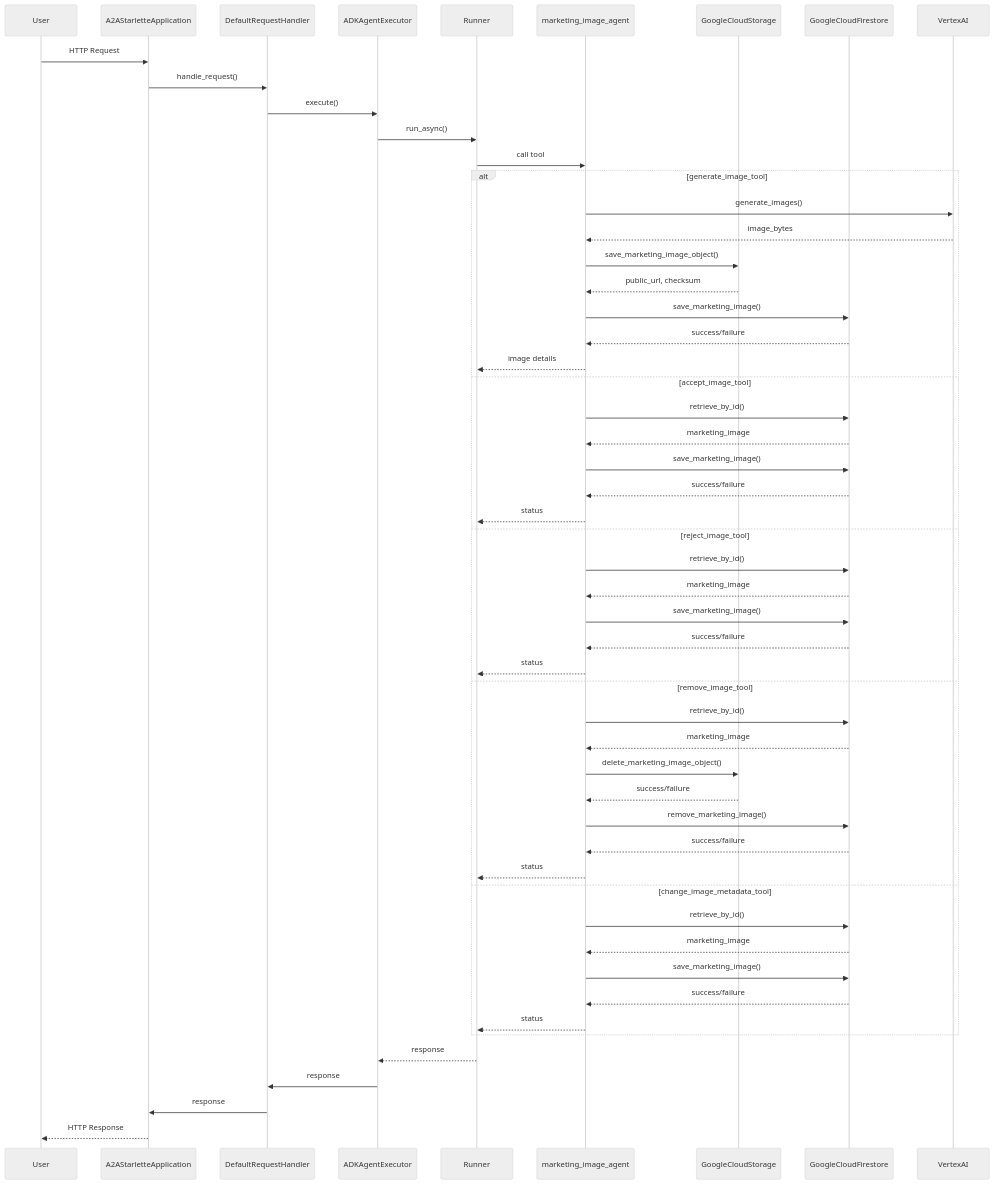
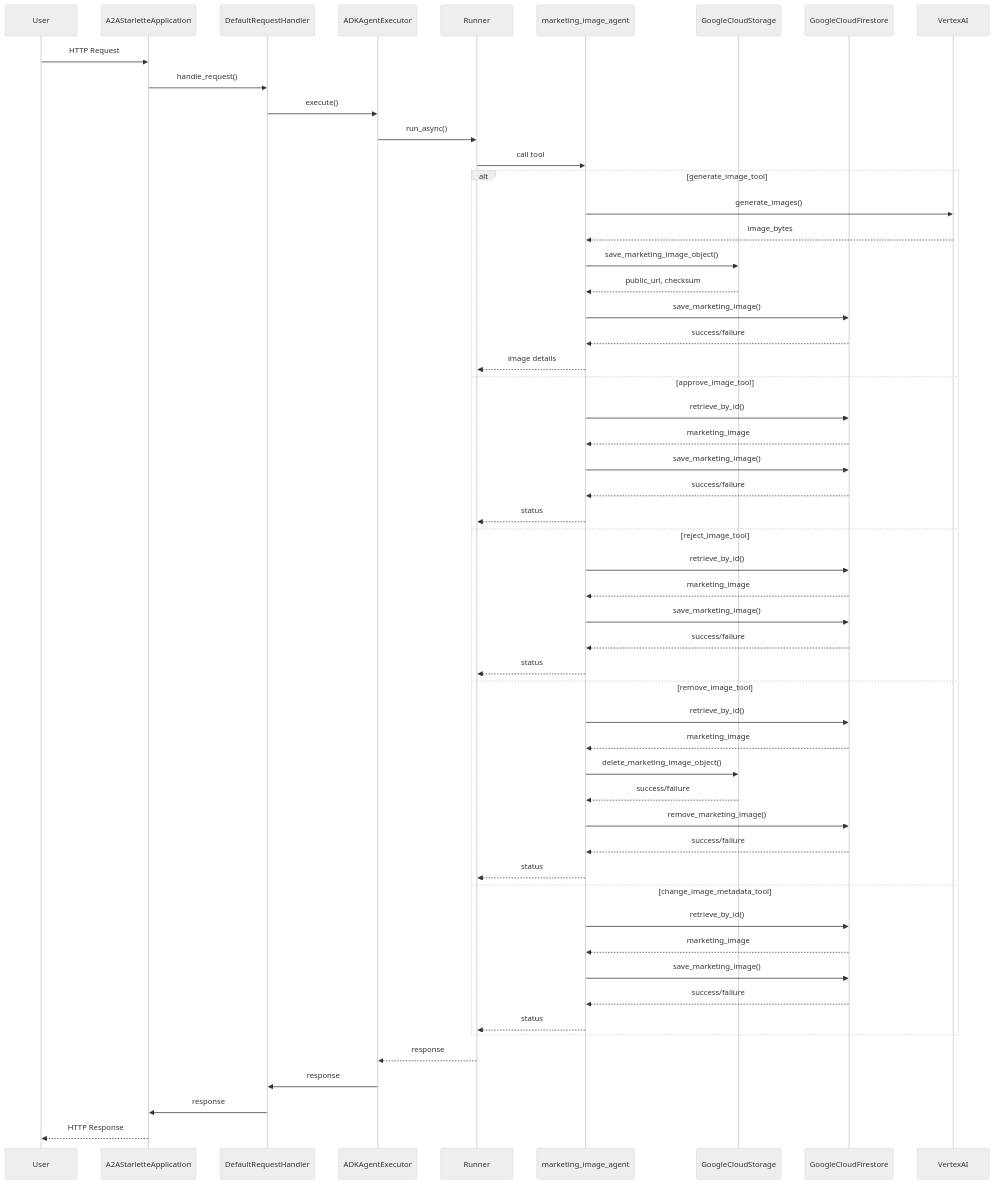
The diagram in 1/README.md (rbannist/hexagonal-adk-ai-agent), drawn with Mermaid (neutral theme) before and after one commit. The commit also changed 29 other files, not shown here.

Commit message:
feat: from accept to approve

````diff
--- a/1/README.md
+++ b/1/README.md
@@ -55,57 +55,57 @@
 ```mermaid
 sequenceDiagram
     participant User
     participant A2AStarletteApplication
     participant DefaultRequestHandler
     participant ADKAgentExecutor
     participant Runner
     participant marketing_image_agent
     participant GoogleCloudStorage
     participant GoogleCloudFirestore
     participant VertexAI
 
     User->>A2AStarletteApplication: HTTP Request
     A2AStarletteApplication->>DefaultRequestHandler: handle_request()
     DefaultRequestHandler->>ADKAgentExecutor: execute()
     ADKAgentExecutor->>Runner: run_async()
     Runner->>marketing_image_agent: call tool
     alt generate_image_tool
         marketing_image_agent->>VertexAI: generate_images()
         VertexAI-->>marketing_image_agent: image_bytes
         marketing_image_agent->>GoogleCloudStorage: save_marketing_image_object()
         GoogleCloudStorage-->>marketing_image_agent: public_url, checksum
         marketing_image_agent->>GoogleCloudFirestore: save_marketing_image()
         GoogleCloudFirestore-->>marketing_image_agent: success/failure
         marketing_image_agent-->>Runner: image details
-    else accept_image_tool
+    else approve_image_tool
         marketing_image_agent->>GoogleCloudFirestore: retrieve_by_id()
         GoogleCloudFirestore-->>marketing_image_agent: marketing_image
         marketing_image_agent->>GoogleCloudFirestore: save_marketing_image()
         GoogleCloudFirestore-->>marketing_image_agent: success/failure
         marketing_image_agent-->>Runner: status
     else reject_image_tool
         marketing_image_agent->>GoogleCloudFirestore: retrieve_by_id()
         GoogleCloudFirestore-->>marketing_image_agent: marketing_image
         marketing_image_agent->>GoogleCloudFirestore: save_marketing_image()
         GoogleCloudFirestore-->>marketing_image_agent: success/failure
         marketing_image_agent-->>Runner: status
     else remove_image_tool
         marketing_image_agent->>GoogleCloudFirestore: retrieve_by_id()
         GoogleCloudFirestore-->>marketing_image_agent: marketing_image
         marketing_image_agent->>GoogleCloudStorage: delete_marketing_image_object()
         GoogleCloudStorage-->>marketing_image_agent: success/failure
         marketing_image_agent->>GoogleCloudFirestore: remove_marketing_image()
         GoogleCloudFirestore-->>marketing_image_agent: success/failure
         marketing_image_agent-->>Runner: status
     else change_image_metadata_tool
         marketing_image_agent->>GoogleCloudFirestore: retrieve_by_id()
         GoogleCloudFirestore-->>marketing_image_agent: marketing_image
         marketing_image_agent->>GoogleCloudFirestore: save_marketing_image()
         GoogleCloudFirestore-->>marketing_image_agent: success/failure
         marketing_image_agent-->>Runner: status
     end
     Runner-->>ADKAgentExecutor: response
     ADKAgentExecutor->>DefaultRequestHandler: response
     DefaultRequestHandler->>A2AStarletteApplication: response
     A2AStarletteApplication-->>User: HTTP Response
 ```
````
